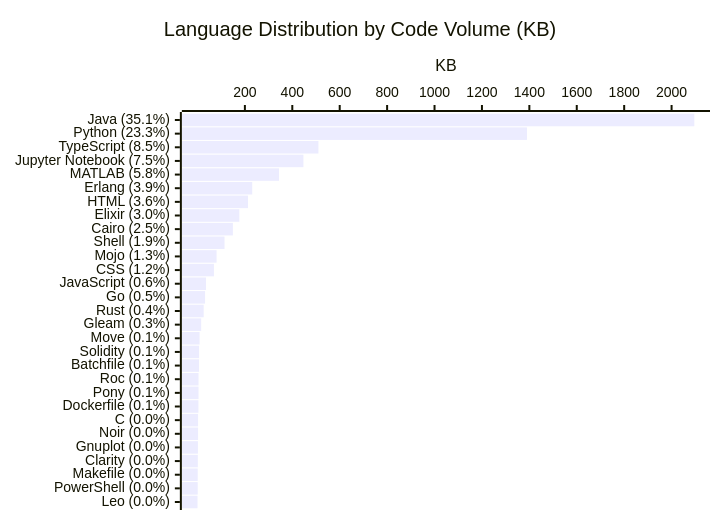
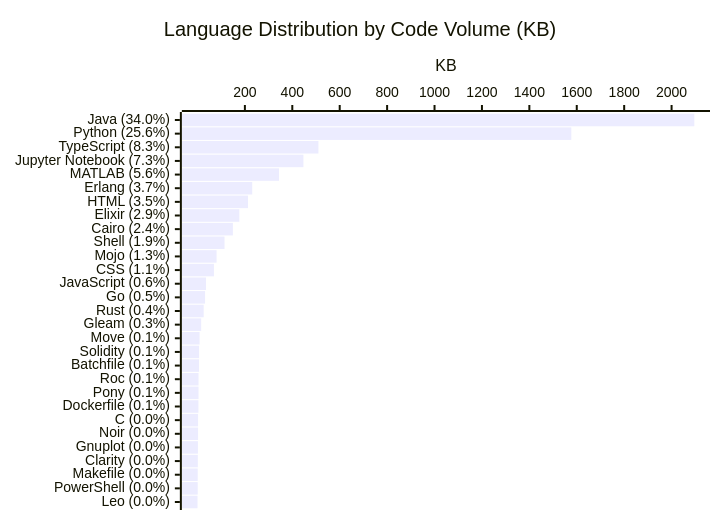
The diagram in profile/README.md (KathiraveluLab/.github), drawn with Mermaid before and after one commit. The commit also changed other lines of this file and 1 other file, not shown here.

````diff
--- a/profile/README.md
+++ b/profile/README.md
@@ -66,7 +66,7 @@
 ```mermaid
 xychart-beta horizontal
     title "Language Distribution by Code Volume (KB)"
-    x-axis ["Java (35.1%)", "Python (23.3%)", "TypeScript (8.5%)", "Jupyter Notebook (7.5%)", "MATLAB (5.8%)", "Erlang (3.9%)", "HTML (3.6%)", "Elixir (3.0%)", "Cairo (2.5%)", "Shell (1.9%)", "Mojo (1.3%)", "CSS (1.2%)", "JavaScript (0.6%)", "Go (0.5%)", "Rust (0.4%)", "Gleam (0.3%)", "Move (0.1%)", "Solidity (0.1%)", "Batchfile (0.1%)", "Roc (0.1%)", "Pony (0.1%)", "Dockerfile (0.1%)", "C (0.0%)", "Noir (0.0%)", "Gnuplot (0.0%)", "Clarity (0.0%)", "Makefile (0.0%)", "PowerShell (0.0%)", "Leo (0.0%)"]
+    x-axis ["Java (34.0%)", "Python (25.6%)", "TypeScript (8.3%)", "Jupyter Notebook (7.3%)", "MATLAB (5.6%)", "Erlang (3.7%)", "HTML (3.5%)", "Elixir (2.9%)", "Cairo (2.4%)", "Shell (1.9%)", "Mojo (1.3%)", "CSS (1.1%)", "JavaScript (0.6%)", "Go (0.5%)", "Rust (0.4%)", "Gleam (0.3%)", "Move (0.1%)", "Solidity (0.1%)", "Batchfile (0.1%)", "Roc (0.1%)", "Pony (0.1%)", "Dockerfile (0.1%)", "C (0.0%)", "Noir (0.0%)", "Gnuplot (0.0%)", "Clarity (0.0%)", "Makefile (0.0%)", "PowerShell (0.0%)", "Leo (0.0%)"]
     y-axis "KB"
-    bar [2095.91, 1389.88, 510.29, 446.91, 343.93, 230.94, 213.23, 176.6, 149.42, 114.03, 80.48, 69.42, 35.92, 32.03, 26.08, 15.66, 8.83, 6.65, 6.48, 4.5, 4.41, 4.0, 2.58, 2.46, 1.82, 1.53, 1.02, 1.02, 0.27]
+    bar [2095.91, 1577.04, 510.29, 446.91, 343.93, 230.94, 213.25, 176.6, 149.42, 114.03, 80.48, 69.42, 35.92, 32.03, 26.08, 15.66, 8.83, 6.65, 6.48, 4.5, 4.41, 4.0, 2.58, 2.46, 1.82, 1.53, 1.02, 1.02, 0.27]
 ```
````
